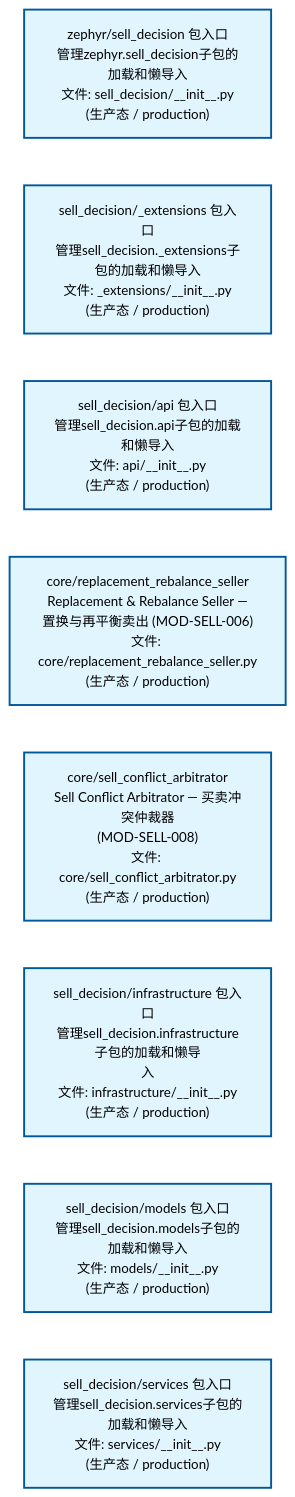
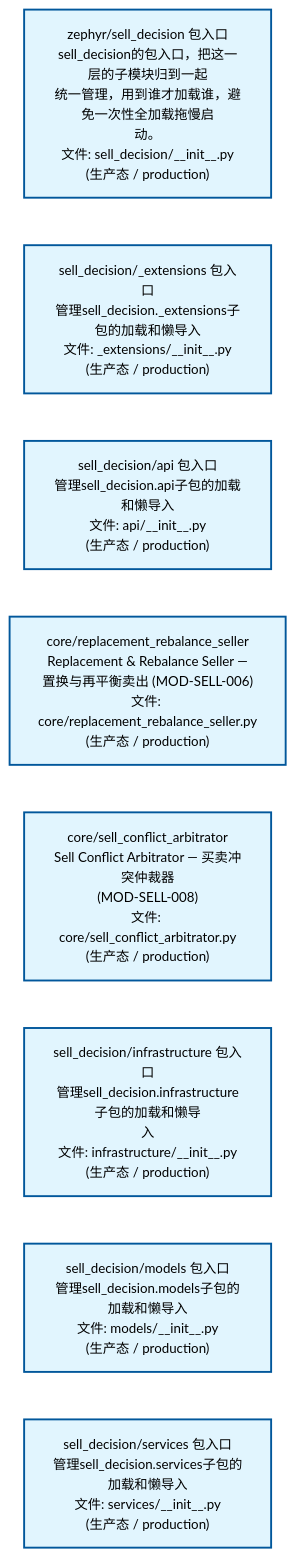
One commit to xuanFelixVan/ZephyrAlpha changed the second of 4 diagrams in docs/02_enterprise_architecture/02_domain_architecture_docs/67_d_sell_decision.md. Above: the diagram before and after it, drawn with Mermaid. The commit also changed other lines of this file and 54 other files, not shown here.

````diff
--- a/docs/02_enterprise_architecture/02_domain_architecture_docs/67_d_sell_decision.md
+++ b/docs/02_enterprise_architecture/02_domain_architecture_docs/67_d_sell_decision.md
@@ -134,24 +134,24 @@
 ```mermaid
 %%{init: {'theme': 'base', 'themeVariables': {'primaryColor': '#eaeaea', 'primaryTextColor': '#333333', 'primaryBorderColor': '#666666', 'lineColor': '#666666', 'secondaryColor': '#eaeaea', 'tertiaryColor': '#eaeaea', 'fontSize': '14px'}}}%%
 flowchart TD
-    src_zephyr_sell_decision_init_py["zephyr/sell_decision 包入口<br/>管理zephyr.sell_decision子包的加载和懒导入<br/>文件: sell_decision/__init__.py<br/>(生产态 / production)"]
+    src_zephyr_sell_decision_init_py["zephyr/sell_decision 包入口<br/>sell_decision的包入口，把这一层的子模块归到一起<br/>统一管理，用到谁才加载谁，避免一次性全加载拖慢启<br/>动。<br/>文件: sell_decision/__init__.py<br/>(生产态 / production)"]
     src_zephyr_sell_decision_extensions_init_py["sell_decision/_extensions 包入口<br/>管理sell_decision._extensions子包的加载和懒导入<br/>文件: _extensions/__init__.py<br/>(生产态 / production)"]
     src_zephyr_sell_decision_api_init_py["sell_decision/api 包入口<br/>管理sell_decision.api子包的加载和懒导入<br/>文件: api/__init__.py<br/>(生产态 / production)"]
     src_zephyr_sell_decision_core_replacement_rebalance_seller_py["core/replacement_rebalance_seller<br/>Replacement & Rebalance Seller —<br/>置换与再平衡卖出 (MOD-SELL-006)<br/>文件: core/replacement_rebalance_seller.py<br/>(生产态 / production)"]
     src_zephyr_sell_decision_core_sell_conflict_arbitrator_py["core/sell_conflict_arbitrator<br/>Sell Conflict Arbitrator — 买卖冲突仲裁器<br/>(MOD-SELL-008)<br/>文件: core/sell_conflict_arbitrator.py<br/>(生产态 / production)"]
     src_zephyr_sell_decision_infrastructure_init_py["sell_decision/infrastructure 包入口<br/>管理sell_decision.infrastructure子包的加载和懒导<br/>入<br/>文件: infrastructure/__init__.py<br/>(生产态 / production)"]
     src_zephyr_sell_decision_models_init_py["sell_decision/models 包入口<br/>管理sell_decision.models子包的加载和懒导入<br/>文件: models/__init__.py<br/>(生产态 / production)"]
     src_zephyr_sell_decision_services_init_py["sell_decision/services 包入口<br/>管理sell_decision.services子包的加载和懒导入<br/>文件: services/__init__.py<br/>(生产态 / production)"]
     src_zephyr_sell_decision_init_py ~~~ src_zephyr_sell_decision_extensions_init_py
     src_zephyr_sell_decision_extensions_init_py ~~~ src_zephyr_sell_decision_api_init_py
     src_zephyr_sell_decision_api_init_py ~~~ src_zephyr_sell_decision_core_replacement_rebalance_seller_py
     src_zephyr_sell_decision_core_replacement_rebalance_seller_py ~~~ src_zephyr_sell_decision_core_sell_conflict_arbitrator_py
     src_zephyr_sell_decision_core_sell_conflict_arbitrator_py ~~~ src_zephyr_sell_decision_infrastructure_init_py
     src_zephyr_sell_decision_infrastructure_init_py ~~~ src_zephyr_sell_decision_models_init_py
     src_zephyr_sell_decision_models_init_py ~~~ src_zephyr_sell_decision_services_init_py
     classDef production fill:#e1f5fe,stroke:#01579b,stroke-width:2px,color:#000
     classDef design fill:#fff3e0,stroke:#e65100,stroke-width:2px,color:#000,stroke-dasharray: 5 5
     classDef external_prod fill:#e8f4fd,stroke:#0277bd,stroke-width:1px,color:#000
     classDef external_design fill:#fff8e7,stroke:#ef6c00,stroke-width:1px,color:#000,stroke-dasharray: 5 5
     class src_zephyr_sell_decision_init_py,src_zephyr_sell_decision_extensions_init_py,src_zephyr_sell_decision_api_init_py,src_zephyr_sell_decision_core_replacement_rebalance_seller_py,src_zephyr_sell_decision_core_sell_conflict_arbitrator_py,src_zephyr_sell_decision_infrastructure_init_py,src_zephyr_sell_decision_models_init_py,src_zephyr_sell_decision_services_init_py production
 ```
````
